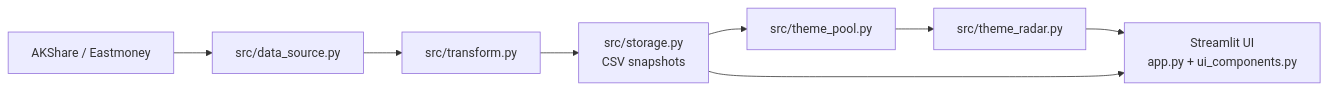
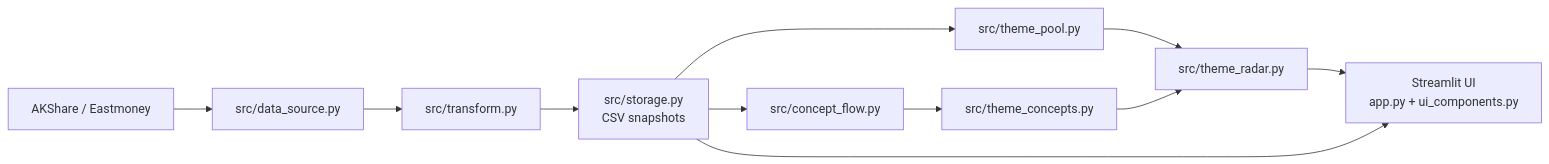
One commit to JA0508/fund-flow-monitor changed the diagram in README.md. Above: the diagram before and after it, drawn with Mermaid. The commit also changed other lines of this file and 14 other files, not shown here.

Commit message:
v0.7: add low-frequency concept flow assistance

````diff
--- a/README.md
+++ b/README.md
@@ -74,10 +75,13 @@
 ```mermaid
 flowchart LR
     A["AKShare / Eastmoney"] --> B["src/data_source.py"]
     B --> C["src/transform.py"]
     C --> D["src/storage.py<br/>CSV snapshots"]
     D --> E["src/theme_pool.py"]
     E --> F["src/theme_radar.py"]
+    D --> H["src/concept_flow.py"]
+    H --> I["src/theme_concepts.py"]
+    I --> F
     F --> G["Streamlit UI<br/>app.py + ui_components.py"]
     D --> G
 ```
````
